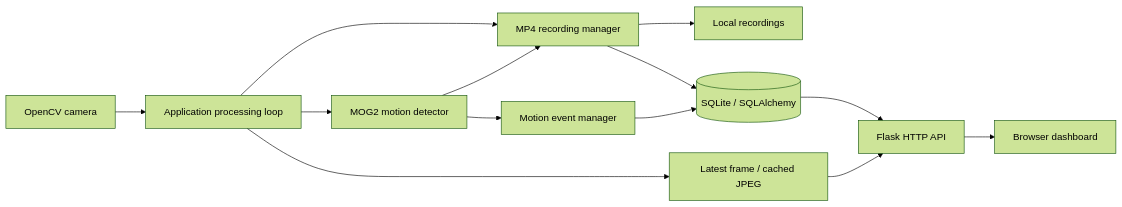
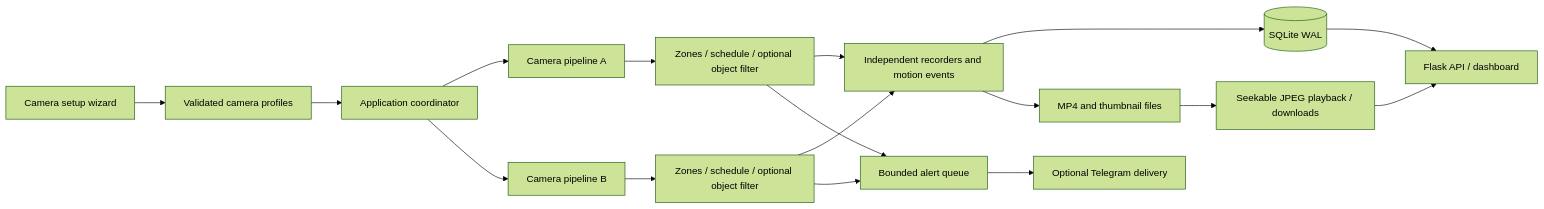
The diagram in docs/ARCHITECTURE.md (orpheusdark/sentinal), drawn with Mermaid (forest theme) before and after one commit. The commit also changed other lines of this file and 22 other files, not shown here.

````diff
--- a/docs/ARCHITECTURE.md
+++ b/docs/ARCHITECTURE.md
@@ -5,15 +5,19 @@
 ```mermaid
 flowchart LR
-  Camera[OpenCV camera] --> Loop[Application processing loop]
-  Loop --> Motion[MOG2 motion detector]
-  Motion --> Events[Motion event manager]
-  Motion --> Recorder[MP4 recording manager]
-  Loop --> Recorder
-  Recorder --> Files[Local recordings]
-  Events --> DB[(SQLite / SQLAlchemy)]
-  Recorder --> DB
-  Loop --> Stream[Latest frame / cached JPEG]
-  Stream --> HTTP[Flask HTTP API]
-  DB --> HTTP
-  HTTP --> UI[Browser dashboard]
+  Setup[Camera setup wizard] --> Config[Validated camera profiles]
+  Config --> Coordinator[Application coordinator]
+  Coordinator --> A[Camera pipeline A]
+  Coordinator --> B[Camera pipeline B]
+  A --> MotionA[Zones / schedule / optional object filter]
+  B --> MotionB[Zones / schedule / optional object filter]
+  MotionA --> Recording[Independent recorders and motion events]
+  MotionB --> Recording
+  Recording --> DB[(SQLite WAL)]
+  Recording --> Archive[MP4 and thumbnail files]
+  MotionA --> Queue[Bounded alert queue]
+  MotionB --> Queue
+  Queue --> Telegram[Optional Telegram delivery]
+  Archive --> Review[Seekable JPEG playback / downloads]
+  DB --> API[Flask API / dashboard]
+  Review --> API
 ```
````
